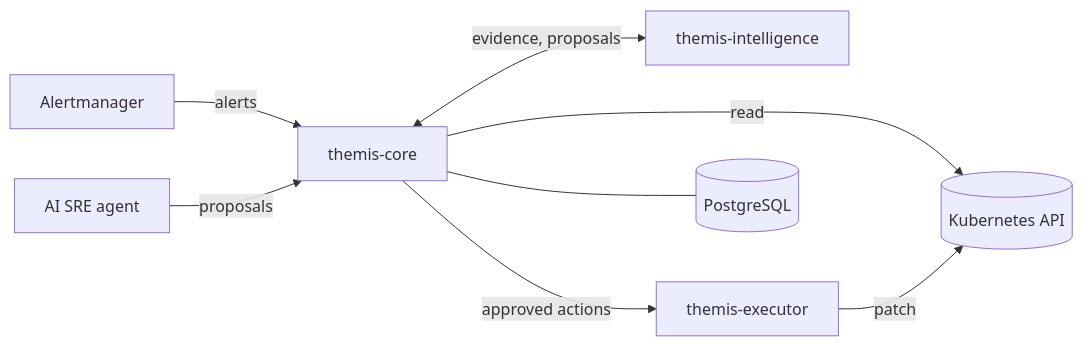
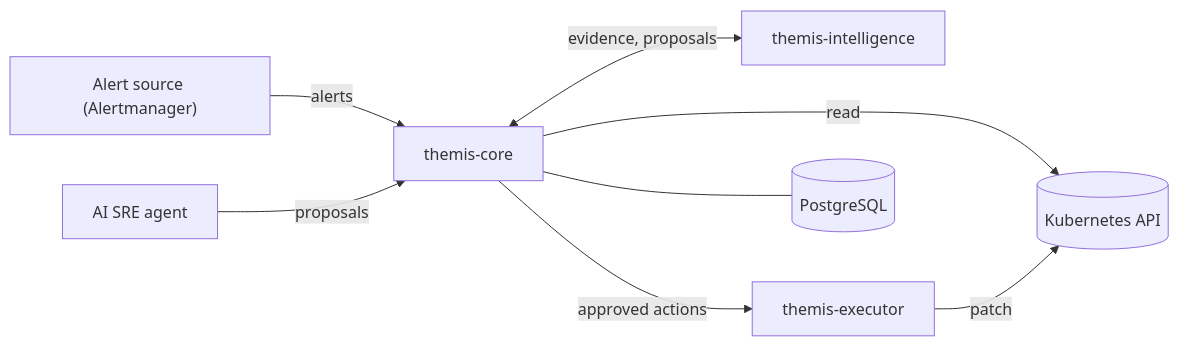
One commit to hzerrad/themis changed the diagram in README.md. Above: the diagram before and after it, drawn with Mermaid. The commit also changed other lines of this file, not shown here.

````diff
--- a/README.md
+++ b/README.md
@@ -74,10 +80,10 @@
 ```mermaid
 flowchart LR
-  AM[Alertmanager] -->|alerts| Core[themis-core]
+  AM["Alert source (Alertmanager)"] -->|alerts| Core[themis-core]
   Core <-->|evidence, proposals| Intel[themis-intelligence]
   Agent[AI SRE agent] -->|proposals| Core
   Core -->|approved actions| Exec[themis-executor]
   Core -->|read| K8s[(Kubernetes API)]
   Exec -->|patch| K8s
   Core --- PG[(PostgreSQL)]
 ```
````
